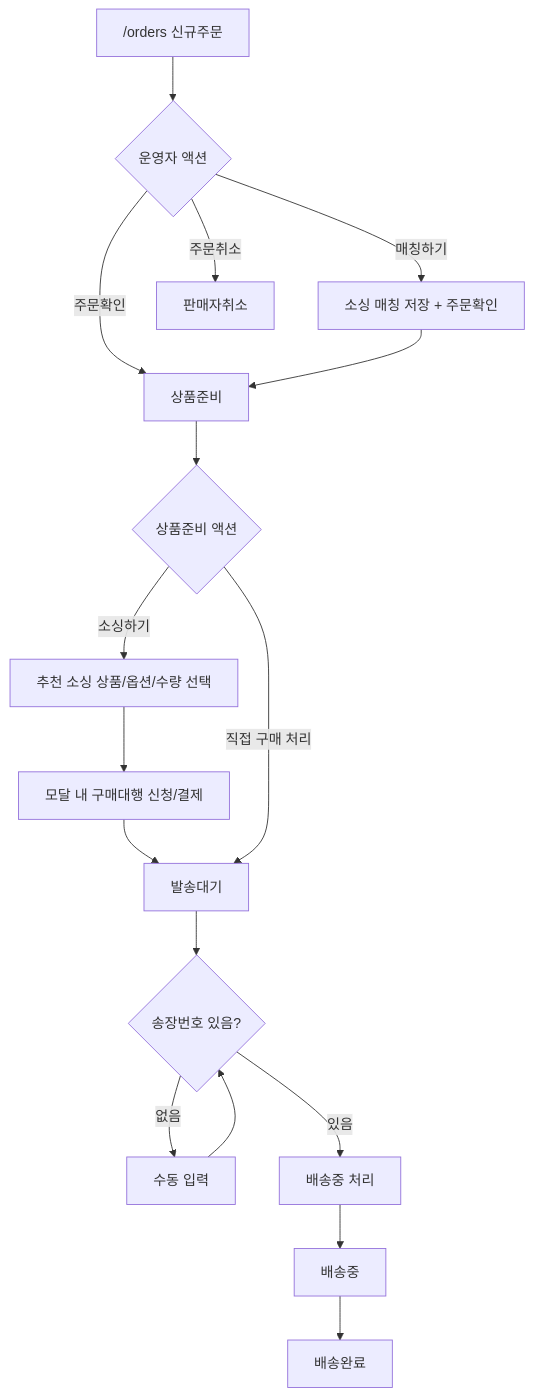
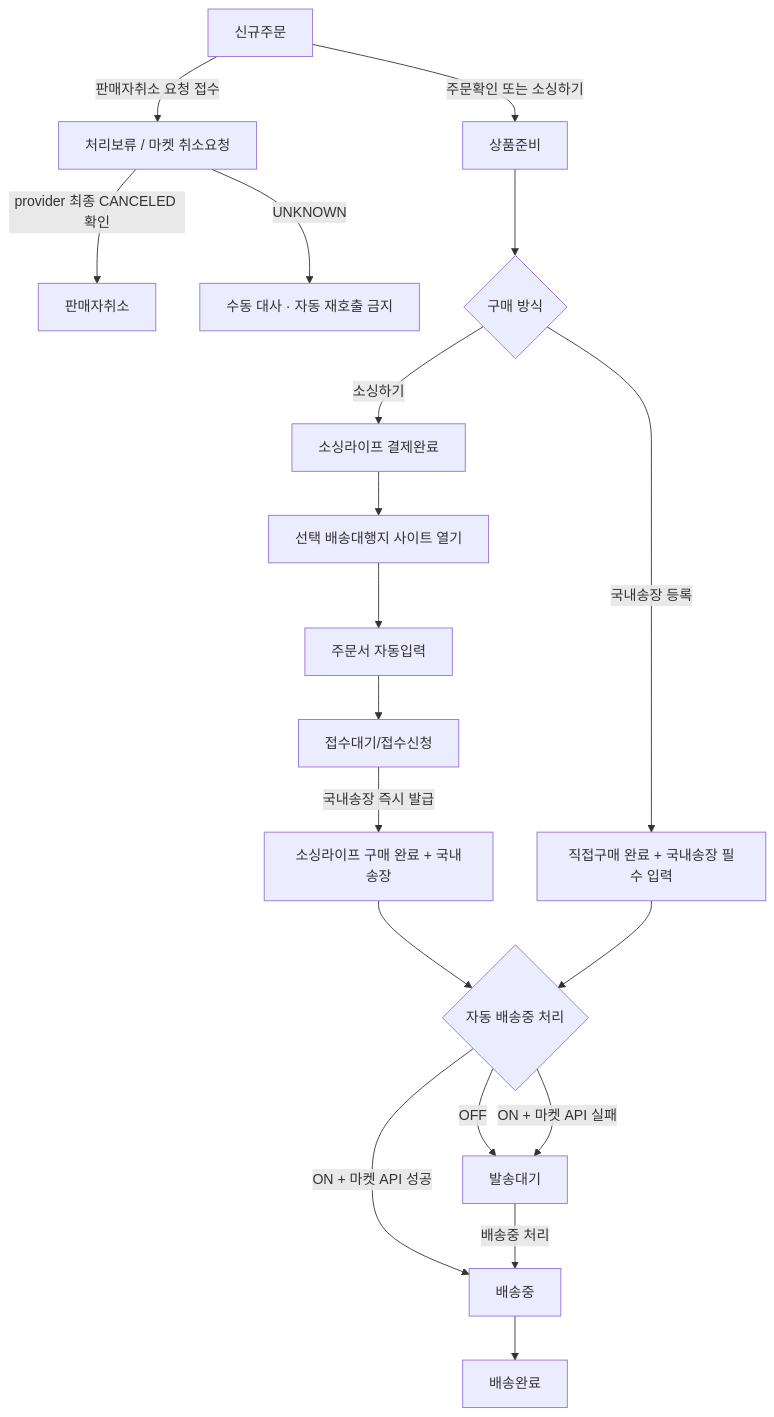
The first of 4 diagrams in docs/08_유저플로우/01_주문처리_유저플로우.md (moonceo/Jmpp), drawn with Mermaid before and after one commit. The commit also changed other lines of this file and 245 other files, not shown here.

````diff
--- a/docs/08_유저플로우/01_주문처리_유저플로우.md
+++ b/docs/08_유저플로우/01_주문처리_유저플로우.md
@@ -11,19 +13,21 @@
 ```mermaid
 flowchart TD
-    A["/orders 신규주문"] --> B{"운영자 액션"}
-    B -->|"주문확인"| C["상품준비"]
-    B -->|"매칭하기"| D["소싱 매칭 저장 + 주문확인"]
-    D --> C
-    B -->|"주문취소"| X["판매자취소"]
-    C --> E{"상품준비 액션"}
-    E -->|"소싱하기"| F["추천 소싱 상품/옵션/수량 선택"]
-    F --> G["모달 내 구매대행 신청/결제"]
-    G --> H["발송대기"]
-    E -->|"직접 구매 처리"| H
-    H --> I{"송장번호 있음?"}
-    I -->|"없음"| J["수동 입력"]
-    J --> I
-    I -->|"있음"| K["배송중 처리"]
-    K --> L["배송중"]
-    L --> M["배송완료"]
+    A["신규주문"] -->|"주문확인 또는 소싱하기"| B["상품준비"]
+    A -->|"판매자취소 요청 접수"| W["처리보류 / 마켓 취소요청"]
+    W -->|"provider 최종 CANCELED 확인"| X["판매자취소"]
+    W -->|"UNKNOWN"| M["수동 대사 · 자동 재호출 금지"]
+    B --> C{"구매 방식"}
+    C -->|"소싱하기"| D0["소싱라이프 결제완료"]
+    D0 --> D1["선택 배송대행지 사이트 열기"]
+    D1 --> D2["주문서 자동입력"]
+    D2 --> D3["접수대기/접수신청"]
+    D3 -->|"국내송장 즉시 발급"| D["소싱라이프 구매 완료 + 국내송장"]
+    C -->|"국내송장 등록"| E["직접구매 완료 + 국내송장 필수 입력"]
+    D --> F{"자동 배송중 처리"}
+    E --> F
+    F -->|"OFF"| G["발송대기"]
+    F -->|"ON + 마켓 API 성공"| H["배송중"]
+    F -->|"ON + 마켓 API 실패"| G
+    G -->|"배송중 처리"| H
+    H --> I["배송완료"]
 ```
````
